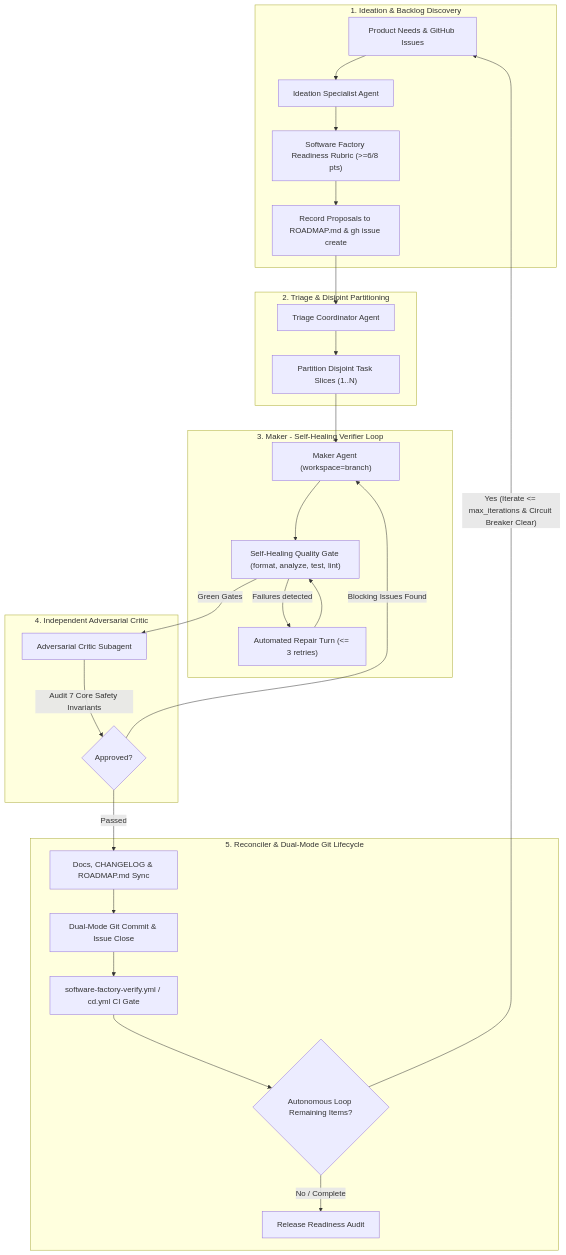
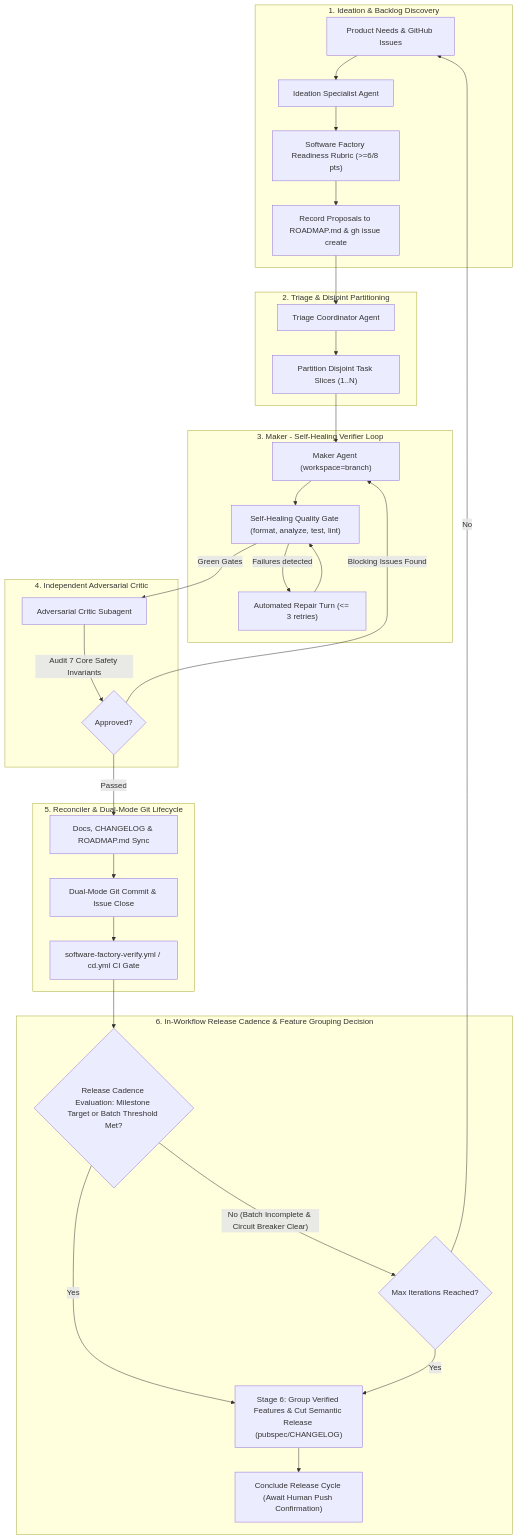
Before and after one commit to CIInc/robinhood-options-mobile: the first of 2 diagrams in docs/software-factory.md, drawn with Mermaid. The commit also changed other lines of this file and 3 other files, not shown here.

Commit message:
feat(software-factory): make release cadence and feature grouping an in-workflow decision

````diff
--- a/docs/software-factory.md
+++ b/docs/software-factory.md
@@ -11,35 +11,41 @@
 ```mermaid
 flowchart TD
     subgraph IdeationPhase["1. Ideation & Backlog Discovery"]
         A["Product Needs & GitHub Issues"] --> B["Ideation Specialist Agent"]
         B --> C["Software Factory Readiness Rubric (>=6/8 pts)"]
         C --> D["Record Proposals to ROADMAP.md & gh issue create"]
     end
 
     subgraph TriagePhase["2. Triage & Disjoint Partitioning"]
         D --> E["Triage Coordinator Agent"]
         E --> F["Partition Disjoint Task Slices (1..N)"]
     end
 
     subgraph MakerLoop["3. Maker - Self-Healing Verifier Loop"]
         F --> G["Maker Agent (workspace=branch)"]
         G --> H["Self-Healing Quality Gate (format, analyze, test, lint)"]
         H -- "Failures detected" --> I["Automated Repair Turn (<= 3 retries)"]
         I --> H
     end
 
     subgraph CriticPhase["4. Independent Adversarial Critic"]
         H -- "Green Gates" --> J["Adversarial Critic Subagent"]
         J -- "Audit 7 Core Safety Invariants" --> K{"Approved?"}
         K -- "Blocking Issues Found" --> G
     end
 
     subgraph ReconcilePhase["5. Reconciler & Dual-Mode Git Lifecycle"]
         K -- "Passed" --> L["Docs, CHANGELOG & ROADMAP.md Sync"]
         L --> M["Dual-Mode Git Commit & Issue Close"]
         M --> N["software-factory-verify.yml / cd.yml CI Gate"]
-        N --> O{"Autonomous Loop Remaining Items?"}
-        O -- "Yes (Iterate <= max_iterations & Circuit Breaker Clear)" --> A
-        O -- "No / Complete" --> P["Release Readiness Audit"]
+    end
+
+    subgraph ReleaseDecisionPhase["6. In-Workflow Release Cadence & Feature Grouping Decision"]
+        N --> O{"Release Cadence Evaluation: Milestone Target or Batch Threshold Met?"}
+        O -- "Yes" --> P["Stage 6: Group Verified Features & Cut Semantic Release (pubspec/CHANGELOG)"]
+        P --> Q["Conclude Release Cycle (Await Human Push Confirmation)"]
+        O -- "No (Batch Incomplete & Circuit Breaker Clear)" --> R{"Max Iterations Reached?"}
+        R -- "No" --> A
+        R -- "Yes" --> P
     end
 ```
````
